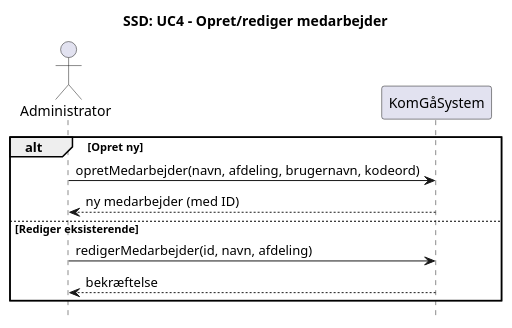
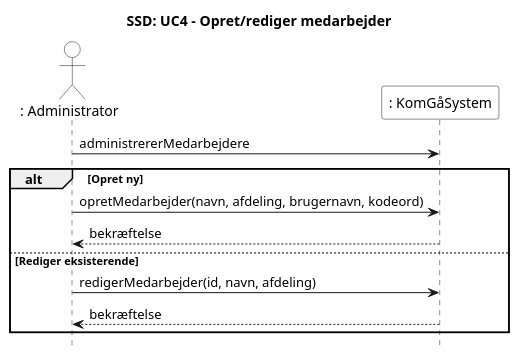
One commit to albla20/HydacTeamA4 changed the diagram in Artifacts/SSD/ssd-uc4-opret-rediger-medarbejder.puml. Above: the diagram before and after it, drawn with PlantUML. The commit also changed 8 other files, not shown here.

```diff
--- a/Artifacts/SSD/ssd-uc4-opret-rediger-medarbejder.puml
+++ b/Artifacts/SSD/ssd-uc4-opret-rediger-medarbejder.puml
@@ -1,18 +1,19 @@
 @startuml UC4
 title SSD: UC4 - Opret/rediger medarbejder
 hide footbox
 skinparam sequenceMessageAlign left
 skinparam responseMessageBelowArrow true
 
-actor "Administrator" as admin
-participant "KomGåSystem" as sys
+actor ": Administrator" as admin #White
+participant ": KomGåSystem" as sys #White
 
+admin -> sys : administrererMedarbejdere
 alt Opret ny
   admin -> sys : opretMedarbejder(navn, afdeling, brugernavn, kodeord)
-  sys --> admin : ny medarbejder (med ID)
+  sys --> admin : bekræftelse
 else Rediger eksisterende
   admin -> sys : redigerMedarbejder(id, navn, afdeling)
   sys --> admin : bekræftelse
 end
 
 @enduml
```
